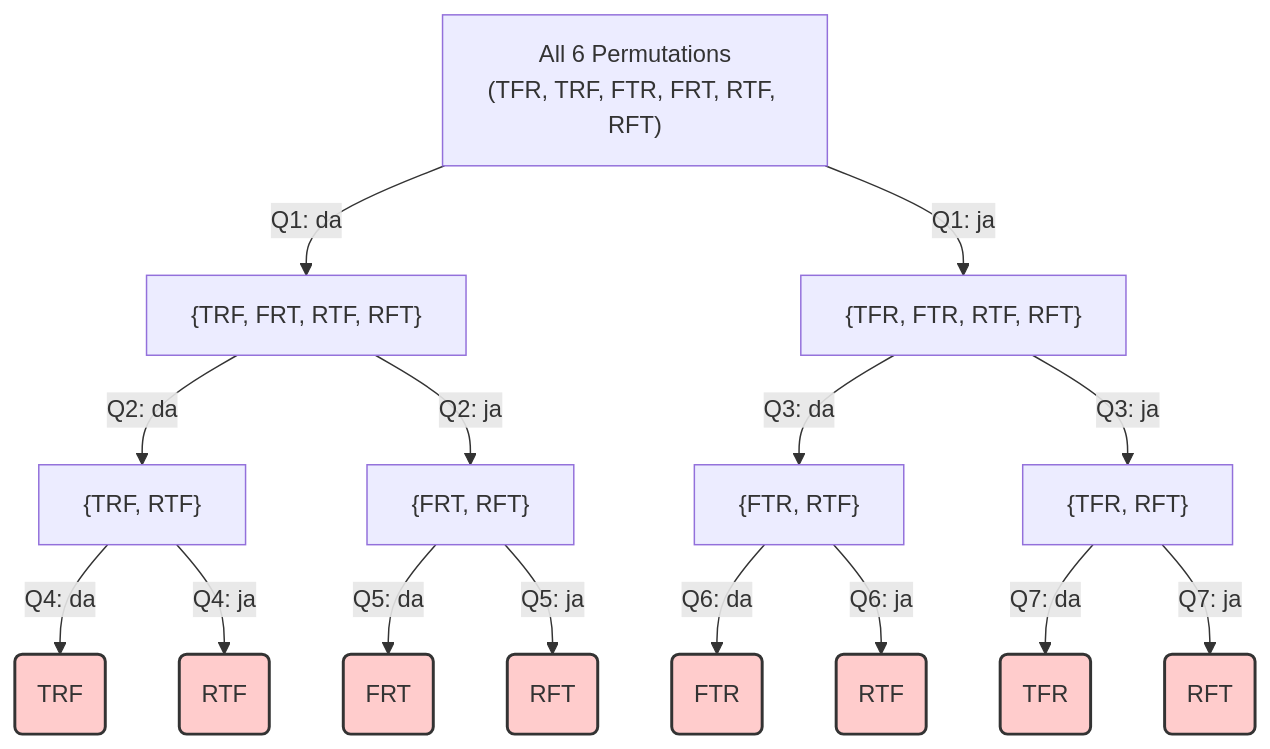
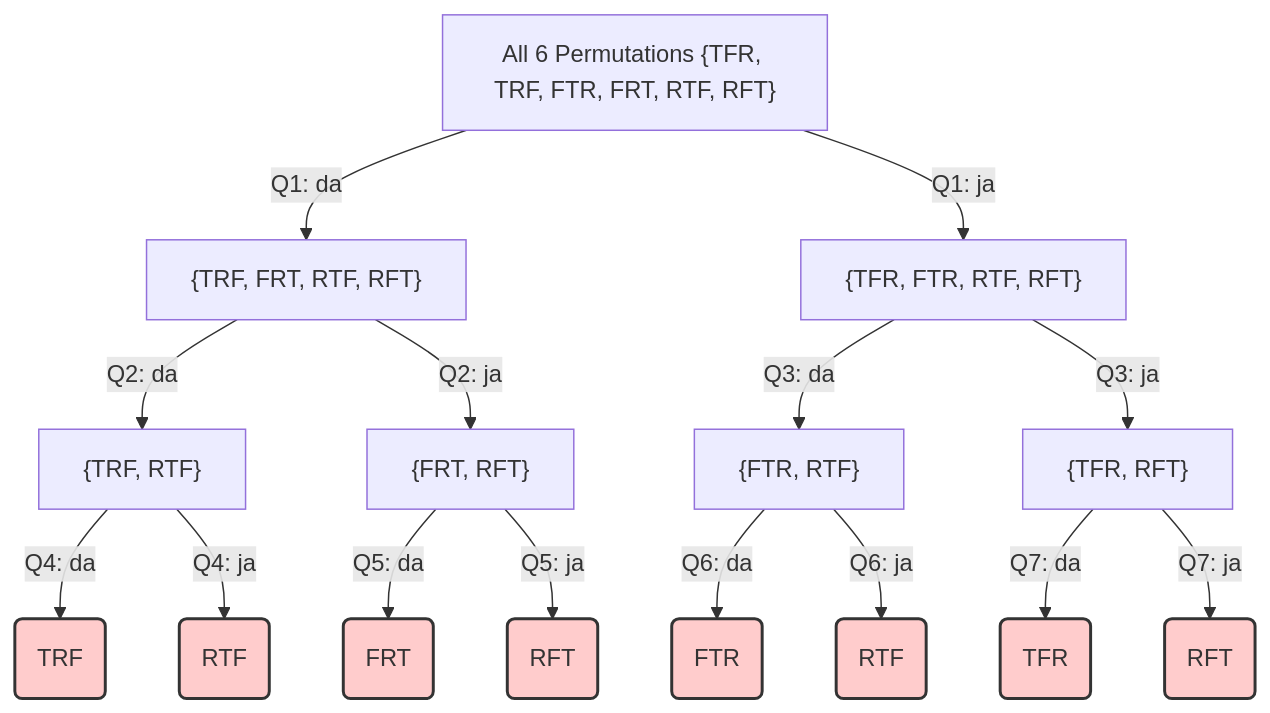
Before and after one commit to aduriseti/3gods: the first of 2 diagrams in index.md, drawn with Mermaid. The commit also changed other lines of this file, not shown here.

Commit message:
slight mermaid edits

```diff
--- a/index.md
+++ b/index.md
@@ -171,28 +171,28 @@
 <pre class="mermaid">
 graph TD
-    Root["All 6 Permutations<br>(TFR, TRF, FTR, FRT, RTF, RFT)"]
+    Root["All 6 Permutations {TFR, TRF, FTR, FRT, RTF, RFT}"]
     Root -->|Q1: da| Left["{TRF, FRT, RTF, RFT}"]
     Root -->|Q1: ja| Right["{TFR, FTR, RTF, RFT}"]
 
     Left -->|Q2: da| L_Da["{TRF, RTF}"]
     Left -->|Q2: ja| L_Ja["{FRT, RFT}"]
 
     Right -->|Q3: da| R_Da["{FTR, RTF}"]
     Right -->|Q3: ja| R_Ja["{TFR, RFT}"]
     
     L_Da -->|Q4: da| Sol1(TRF)
     L_Da -->|Q4: ja| Sol2(RTF)
     
     L_Ja -->|Q5: da| Sol3(FRT)
     L_Ja -->|Q5: ja| Sol4(RFT)
 
     R_Da -->|Q6: da| Sol5(FTR)
     R_Da -->|Q6: ja| Sol6(RTF)
     
     R_Ja -->|Q7: da| Sol7(TFR)
     R_Ja -->|Q7: ja| Sol8(RFT)
     
     %% Styling to make the leaf nodes pop
     classDef leaf fill:#ffcccc,stroke:#333,stroke-width:2px;
     class Sol1,Sol2,Sol3,Sol4,Sol5,Sol6,Sol7,Sol8 leaf;
 </pre>
```
